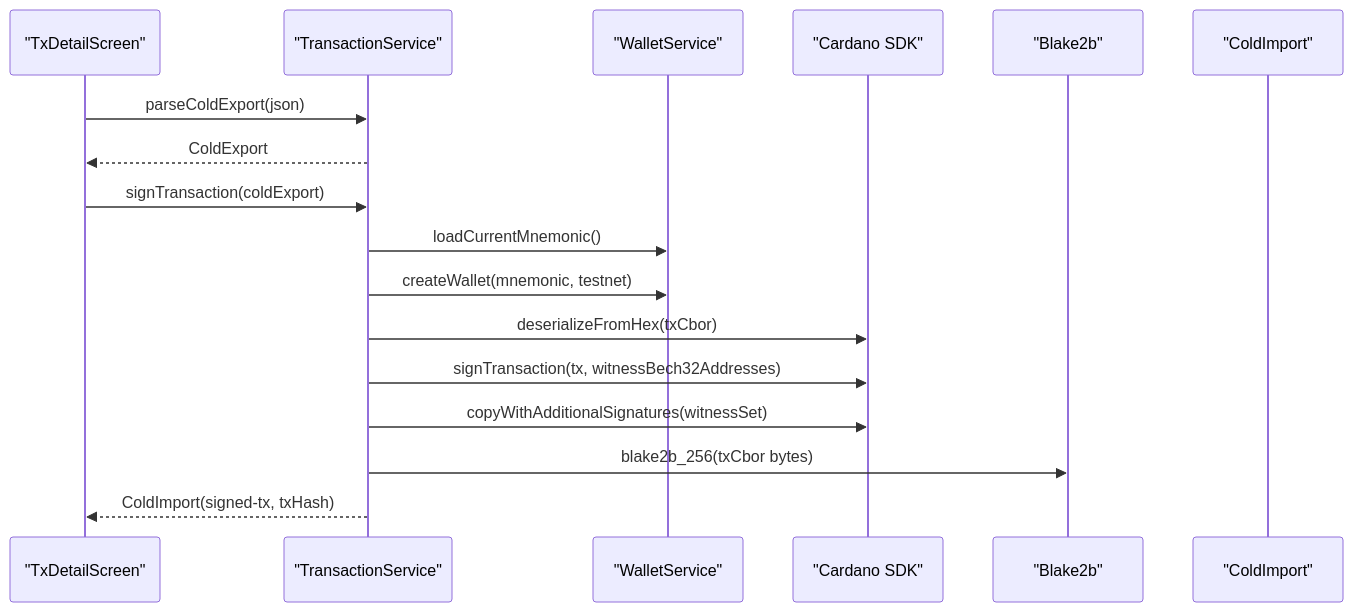
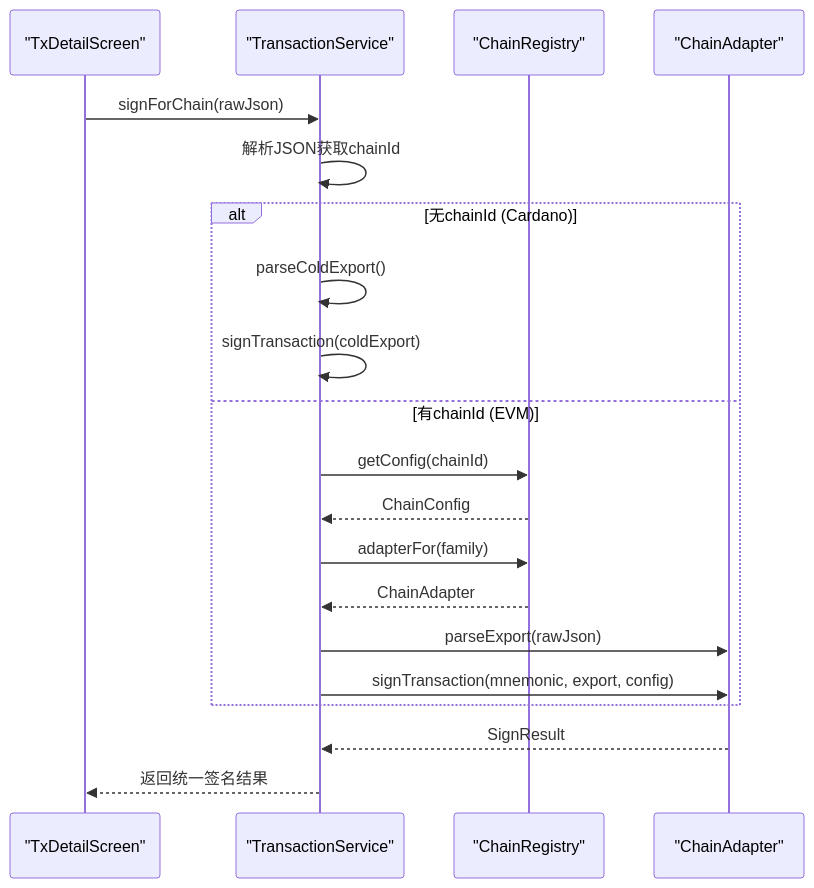
Before and after one commit to EqualToEthan/stasis: the fifth of 6 diagrams in .qoder/repowiki/zh/content/用户界面/冷钱包App界面/交易详情界面.md, drawn with Mermaid. The commit also changed other lines of this file and 40 other files, not shown here.

````diff
--- a/.qoder/repowiki/zh/content/用户界面/冷钱包App界面/交易详情界面.md
+++ b/.qoder/repowiki/zh/content/用户界面/冷钱包App界面/交易详情界面.md
@@ -186,19 +218,22 @@
 ```mermaid
 sequenceDiagram
 participant UI as "TxDetailScreen"
 participant Svc as "TransactionService"
-participant WS as "WalletService"
-participant SDK as "Cardano SDK"
-participant BLK as "Blake2b"
-participant M as "ColdImport"
-UI->>Svc : parseColdExport(json)
-Svc-->>UI : ColdExport
-UI->>Svc : signTransaction(coldExport)
-Svc->>WS : loadCurrentMnemonic()
-Svc->>WS : createWallet(mnemonic, testnet)
-Svc->>SDK : deserializeFromHex(txCbor)
-Svc->>SDK : signTransaction(tx, witnessBech32Addresses)
-Svc->>SDK : copyWithAdditionalSignatures(witnessSet)
-Svc->>BLK : blake2b_256(txCbor bytes)
-Svc-->>UI : ColdImport(signed-tx, txHash)
+participant Reg as "ChainRegistry"
+participant Adp as "ChainAdapter"
+UI->>Svc : signForChain(rawJson)
+Svc->>Svc : 解析JSON获取chainId
+alt 无chainId (Cardano)
+Svc->>Svc : parseColdExport()
+Svc->>Svc : signTransaction(coldExport)
+else 有chainId (EVM)
+Svc->>Reg : getConfig(chainId)
+Reg-->>Svc : ChainConfig
+Svc->>Reg : adapterFor(family)
+Reg-->>Svc : ChainAdapter
+Svc->>Adp : parseExport(rawJson)
+Svc->>Adp : signTransaction(mnemonic, export, config)
+end
+Adp-->>Svc : SignResult
+Svc-->>UI : 返回统一签名结果
 ```
````
